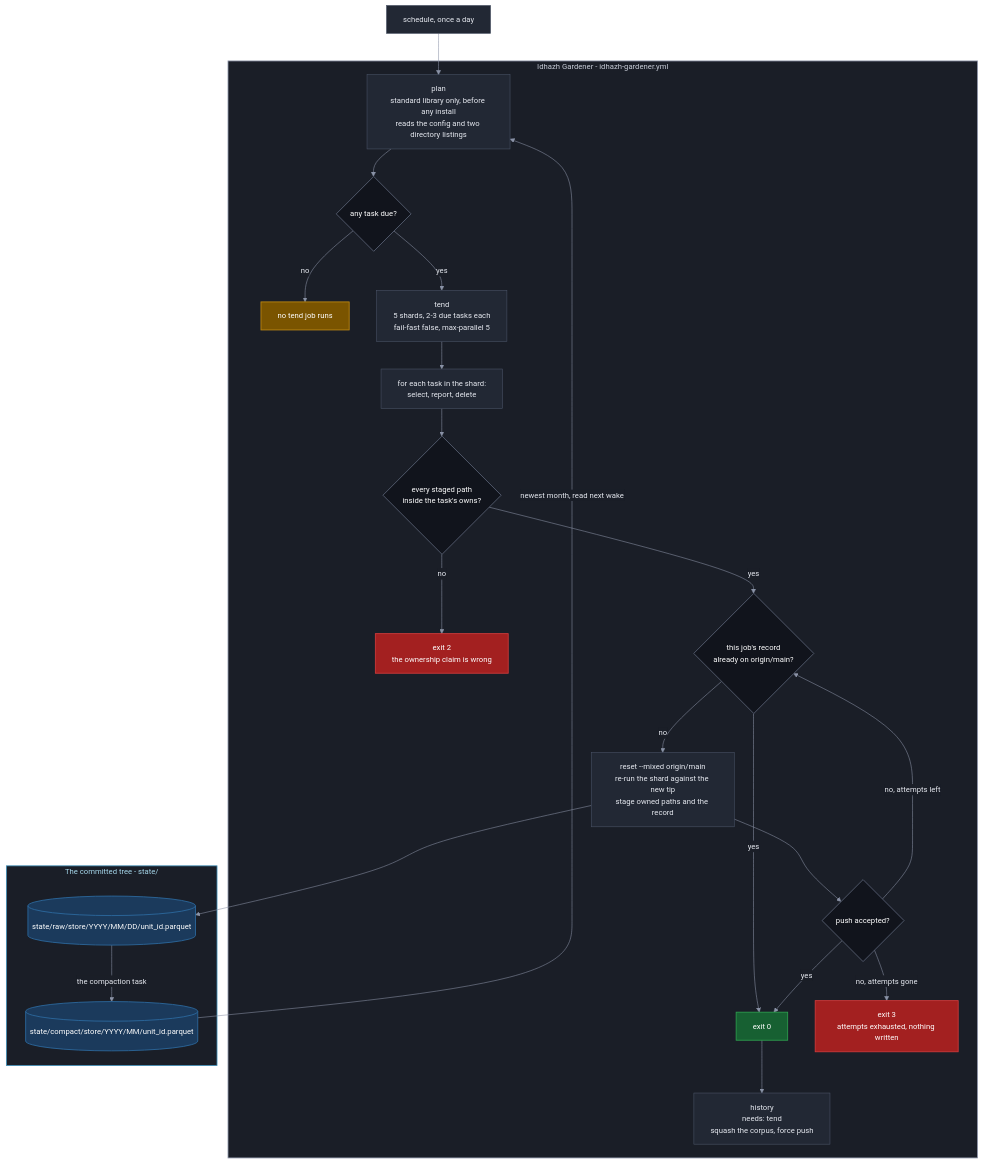
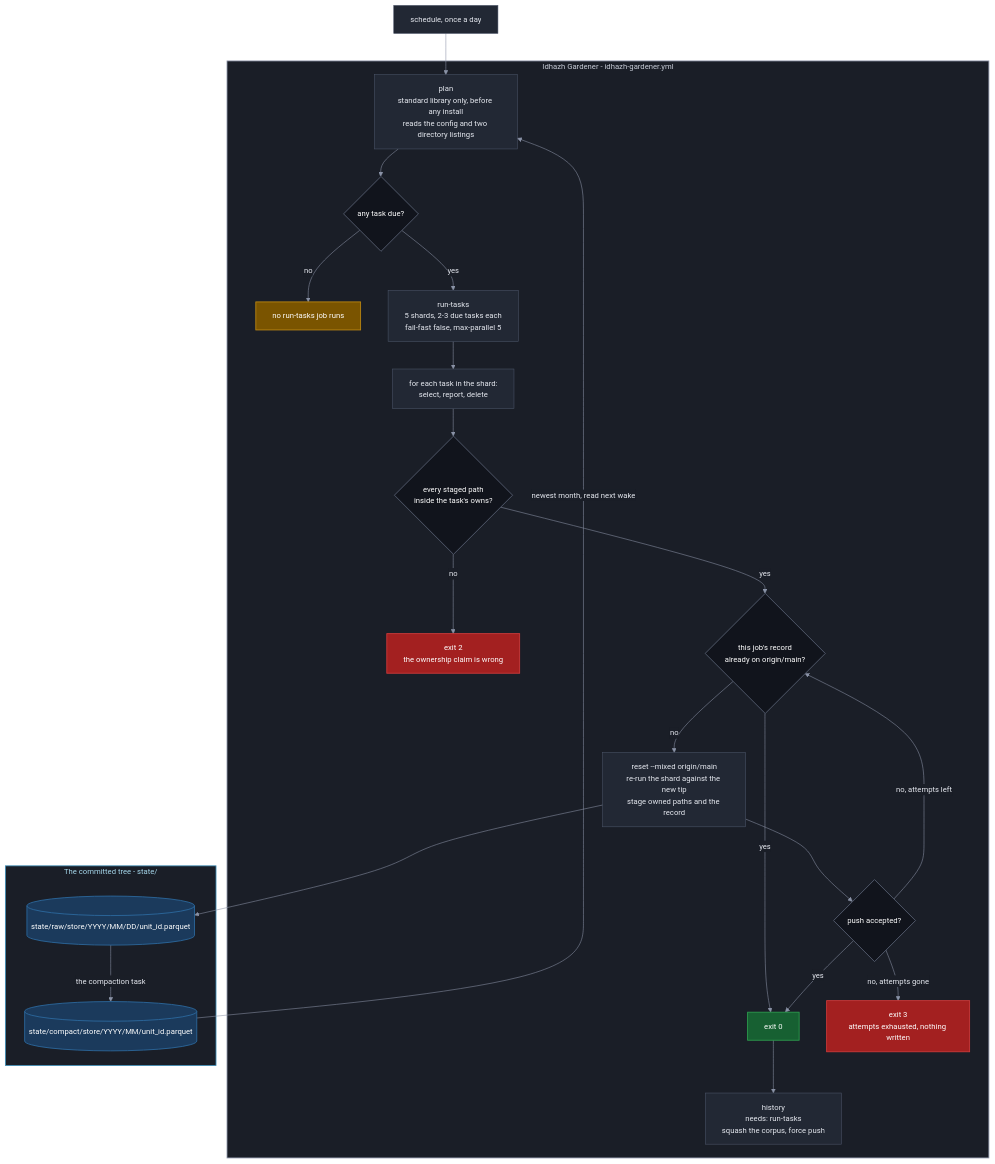
One commit to miztiik/yen-idhazh changed the diagram in TODO/20260924-50-idhazh-gardener-plan.md. Above: the diagram before and after it, drawn with Mermaid. The commit also changed other lines of this file, not shown here.

First line of the commit message:
Plan 50: the verb is run-task, not tend

````diff
--- a/TODO/20260924-50-idhazh-gardener-plan.md
+++ b/TODO/20260924-50-idhazh-gardener-plan.md
@@ -76,63 +76,63 @@
 ```mermaid
 %%{init: {"theme": "base", "themeVariables": {"background": "#0f1117", "primaryColor": "#222834", "primaryTextColor": "#e6e9f0", "primaryBorderColor": "#4b5468", "lineColor": "#8b93a7", "textColor": "#e6e9f0", "clusterBkg": "#1a1e27", "clusterBorder": "#3a4254", "titleColor": "#e6e9f0", "edgeLabelBackground": "#1a1e27", "fontSize": "14px"}}}%%
 flowchart TB
   CRON["schedule, once a day"]
 
   subgraph OPS["Idhazh Gardener - idhazh-gardener.yml"]
     PLAN["plan<br/>standard library only, before any install<br/>reads the config and two directory listings"]
     ANY{"any task due?"}
-    IDLE["no tend job runs"]
-    TEND["tend<br/>5 shards, 2-3 due tasks each<br/>fail-fast false, max-parallel 5"]
+    IDLE["no run-tasks job runs"]
+    TEND["run-tasks<br/>5 shards, 2-3 due tasks each<br/>fail-fast false, max-parallel 5"]
     RUN["for each task in the shard:<br/>select, report, delete"]
     OWNED{"every staged path<br/>inside the task's owns?"}
     OUTSIDE["exit 2<br/>the ownership claim is wrong"]
     LANDED{"this job's record<br/>already on origin/main?"}
     REAPPLY["reset --mixed origin/main<br/>re-run the shard against the new tip<br/>stage owned paths and the record"]
     PUSHED{"push accepted?"}
     OK["exit 0"]
     LOST["exit 3<br/>attempts exhausted, nothing written"]
-    HIST["history<br/>needs: tend<br/>squash the corpus, force push"]
+    HIST["history<br/>needs: run-tasks<br/>squash the corpus, force push"]
   end
 
   subgraph TREE["The committed tree - state/"]
     RAW[("state/raw/store/YYYY/MM/DD/unit_id.parquet")]
     COMPACT[("state/compact/store/YYYY/MM/unit_id.parquet")]
   end
 
   CRON --> PLAN
   PLAN --> ANY
   ANY -->|"no"| IDLE
   ANY -->|"yes"| TEND
   TEND --> RUN
   RUN --> OWNED
   OWNED -->|"no"| OUTSIDE
   OWNED -->|"yes"| LANDED
   LANDED -->|"yes"| OK
   LANDED -->|"no"| REAPPLY
   REAPPLY --> RAW
   REAPPLY --> PUSHED
   PUSHED -->|"yes"| OK
   PUSHED -->|"no, attempts left"| LANDED
   PUSHED -->|"no, attempts gone"| LOST
   OK --> HIST
   COMPACT -->|"newest month, read next wake"| PLAN
   RAW -->|"the compaction task"| COMPACT
 
   classDef stage fill:#222834,stroke:#4b5468,stroke-width:1px,color:#e6e9f0;
   classDef decision fill:#11141c,stroke:#5b6477,stroke-width:1.5px,color:#ffffff;
   classDef yes fill:#176032,stroke:#2ea04f,stroke-width:1.5px,color:#ffffff;
   classDef no fill:#a32020,stroke:#d23b3b,stroke-width:1.5px,color:#ffffff;
   classDef warn fill:#7a5400,stroke:#c08a12,stroke-width:1.5px,color:#ffffff;
   classDef store fill:#1b3a5c,stroke:#2d6ca3,stroke-width:1.5px,color:#ffffff;
   classDef sysOps fill:#1a1e27,stroke:#8b93a7,stroke-width:1.5px,color:#c8cdd8;
   classDef sysPublish fill:#1a1e27,stroke:#3f8fb8,stroke-width:1.5px,color:#a5d6ea;
 
   class CRON,PLAN,TEND,RUN,REAPPLY,HIST stage;
   class ANY,OWNED,LANDED,PUSHED decision;
   class OK yes;
   class OUTSIDE,LOST no;
   class IDLE warn;
   class RAW,COMPACT store;
   class OPS sysOps;
   class TREE sysPublish;
 ```
````
